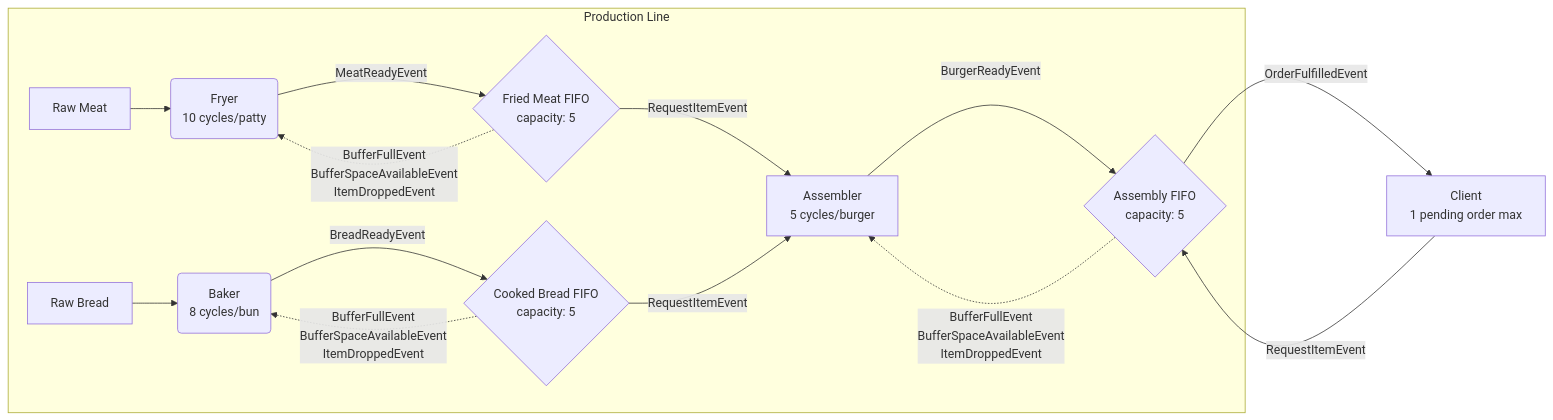
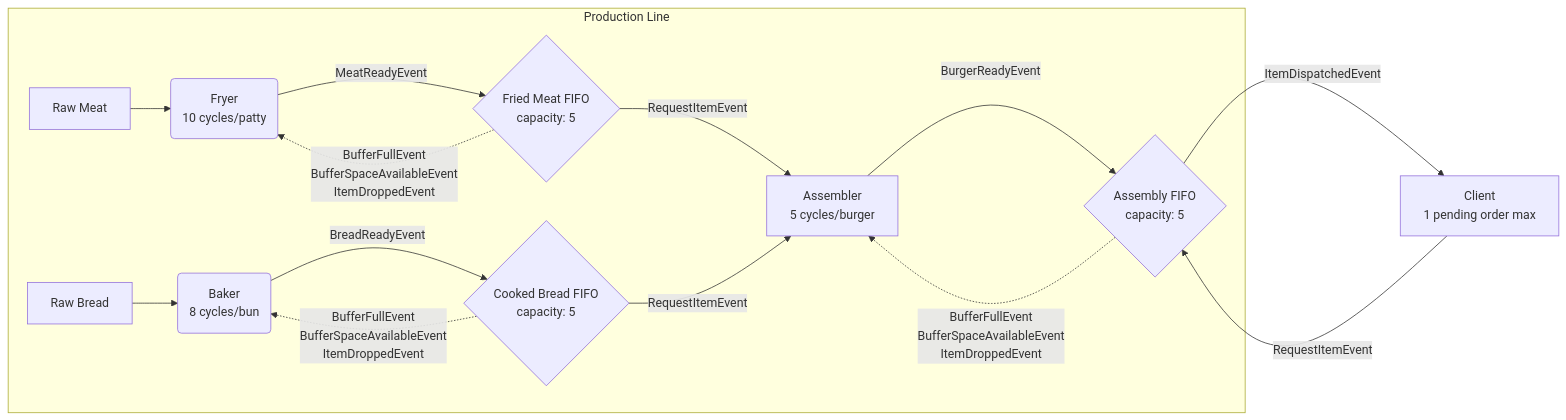
The diagram in burger_design.md (Windofbitter/rsim), drawn with Mermaid before and after one commit. The commit also changed other lines of this file, not shown here.

````diff
--- a/burger_design.md
+++ b/burger_design.md
@@ -5,27 +5,27 @@
 ```mermaid
 graph LR
     A[Raw Meat] --> B(Fryer<br/>10 cycles/patty)
     B -->|MeatReadyEvent| C{Fried Meat FIFO<br/>capacity: 5}
     D[Raw Bread] --> E(Baker<br/>8 cycles/bun)
     E -->|BreadReadyEvent| F{Cooked Bread FIFO<br/>capacity: 5}
     C -->|RequestItemEvent| G[Assembler<br/>5 cycles/burger]
     F -->|RequestItemEvent| G
     G -->|BurgerReadyEvent| I{Assembly FIFO<br/>capacity: 5}
     H[Client<br/>1 pending order max] -->|RequestItemEvent| I
-    I -->|OrderFulfilledEvent| H
+    I -->|ItemDispatchedEvent| H
 
     subgraph "Production Line"
         A
         B
         C
         D
         E
         F
         G
         I
     end
 
     C -.->|BufferFullEvent<br/>BufferSpaceAvailableEvent<br/>ItemDroppedEvent| B
     F -.->|BufferFullEvent<br/>BufferSpaceAvailableEvent<br/>ItemDroppedEvent| E
     I -.->|BufferFullEvent<br/>BufferSpaceAvailableEvent<br/>ItemDroppedEvent| G
 ```
````
